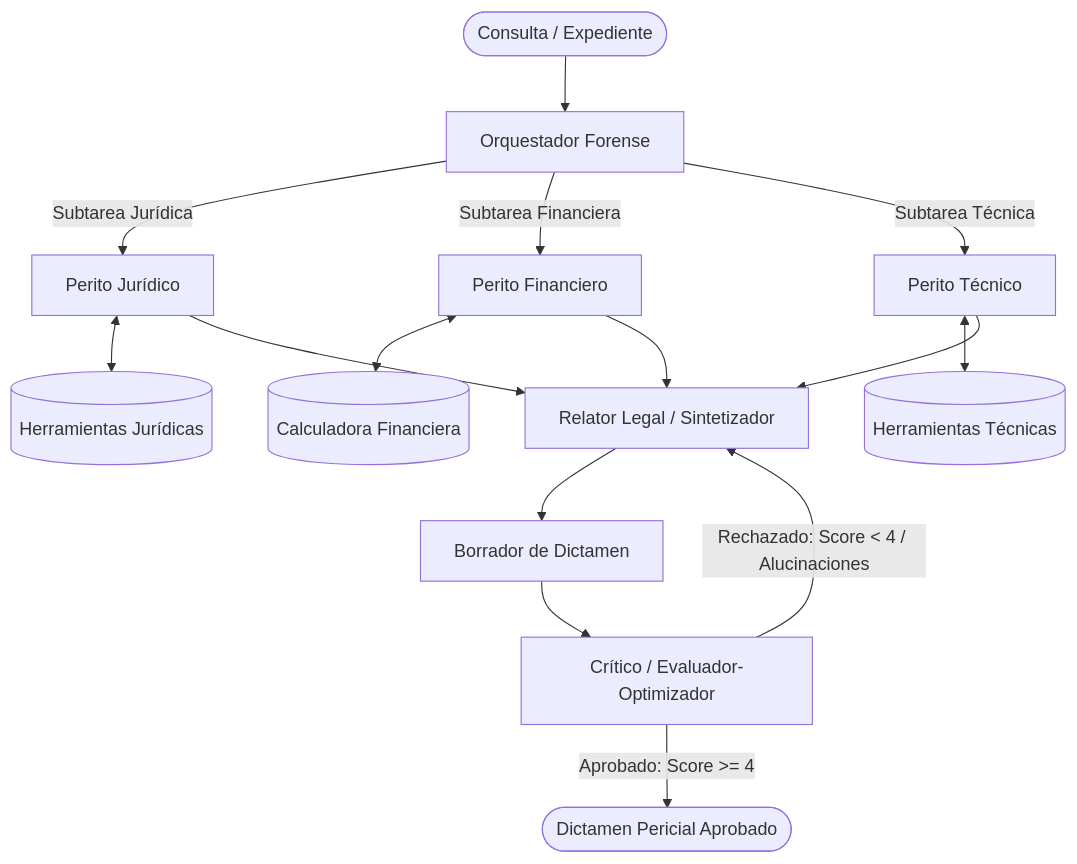
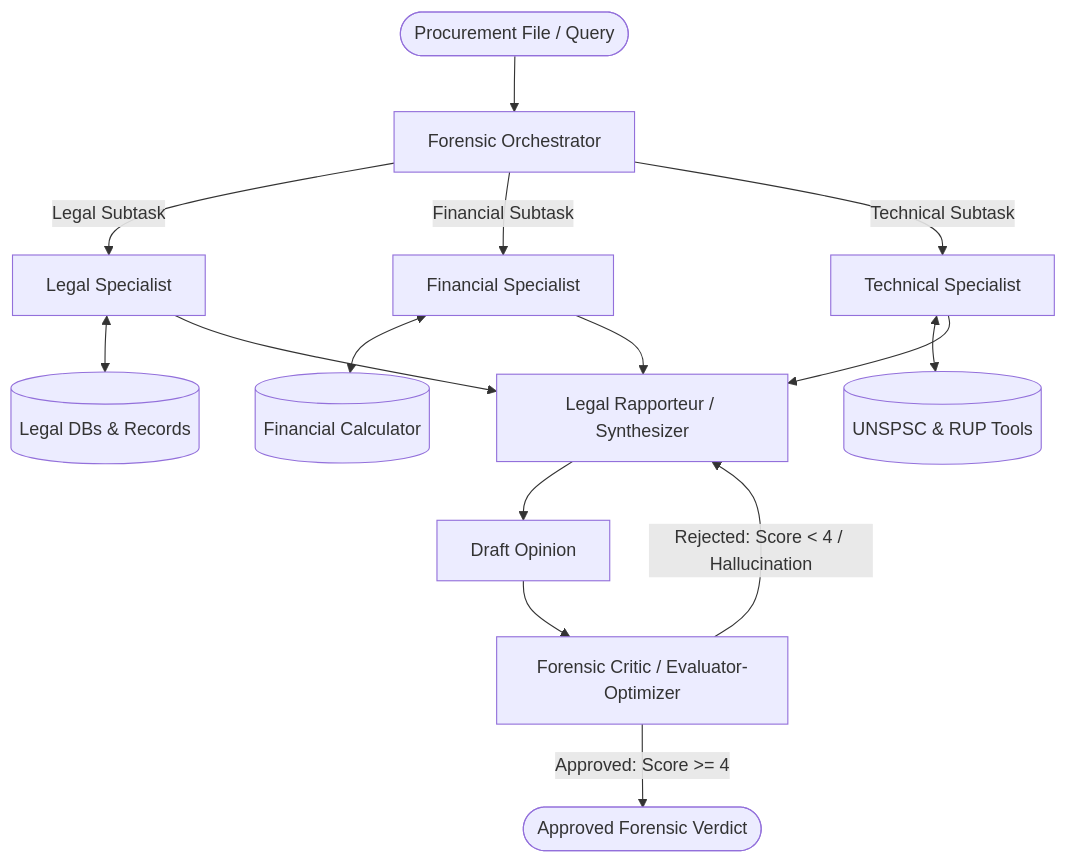
The second of 3 diagrams in README.md (EstebanGZam/multi-agent), drawn with Mermaid before and after one commit. The commit also changed other lines of this file and 1 other file, not shown here.

````diff
--- a/README.md
+++ b/README.md
@@ -53,17 +53,17 @@
 ```mermaid
 flowchart TD
-    User([Consulta / Expediente]) --> Orq[Orquestador Forense]
-    Orq -->|Subtarea Jurídica| Jur[Perito Jurídico]
-    Orq -->|Subtarea Financiera| Fin[Perito Financiero]
-    Orq -->|Subtarea Técnica| Tec[Perito Técnico]
-    Jur <--> ToolsJur[(Herramientas Jurídicas)]
-    Fin <--> ToolsFin[(Calculadora Financiera)]
-    Tec <--> ToolsTec[(Herramientas Técnicas)]
-    Jur --> Rel[Relator Legal / Sintetizador]
+    User([Procurement File / Query]) --> Orq[Forensic Orchestrator]
+    Orq -->|Legal Subtask| Jur[Legal Specialist]
+    Orq -->|Financial Subtask| Fin[Financial Specialist]
+    Orq -->|Technical Subtask| Tec[Technical Specialist]
+    Jur <--> ToolsJur[(Legal DBs & Records)]
+    Fin <--> ToolsFin[(Financial Calculator)]
+    Tec <--> ToolsTec[(UNSPSC & RUP Tools)]
+    Jur --> Rel[Legal Rapporteur / Synthesizer]
     Fin --> Rel
     Tec --> Rel
-    Rel --> Draft[Borrador de Dictamen]
-    Draft --> Crit[Crítico / Evaluador-Optimizador]
-    Crit -->|Rechazado: Score < 4 / Alucinaciones| Rel
-    Crit -->|Aprobado: Score >= 4| FinalVerdict([Dictamen Pericial Aprobado])
+    Rel --> Draft[Draft Opinion]
+    Draft --> Crit[Forensic Critic / Evaluator-Optimizer]
+    Crit -->|Rejected: Score < 4 / Hallucination| Rel
+    Crit -->|Approved: Score >= 4| FinalVerdict([Approved Forensic Verdict])
 ```
````
